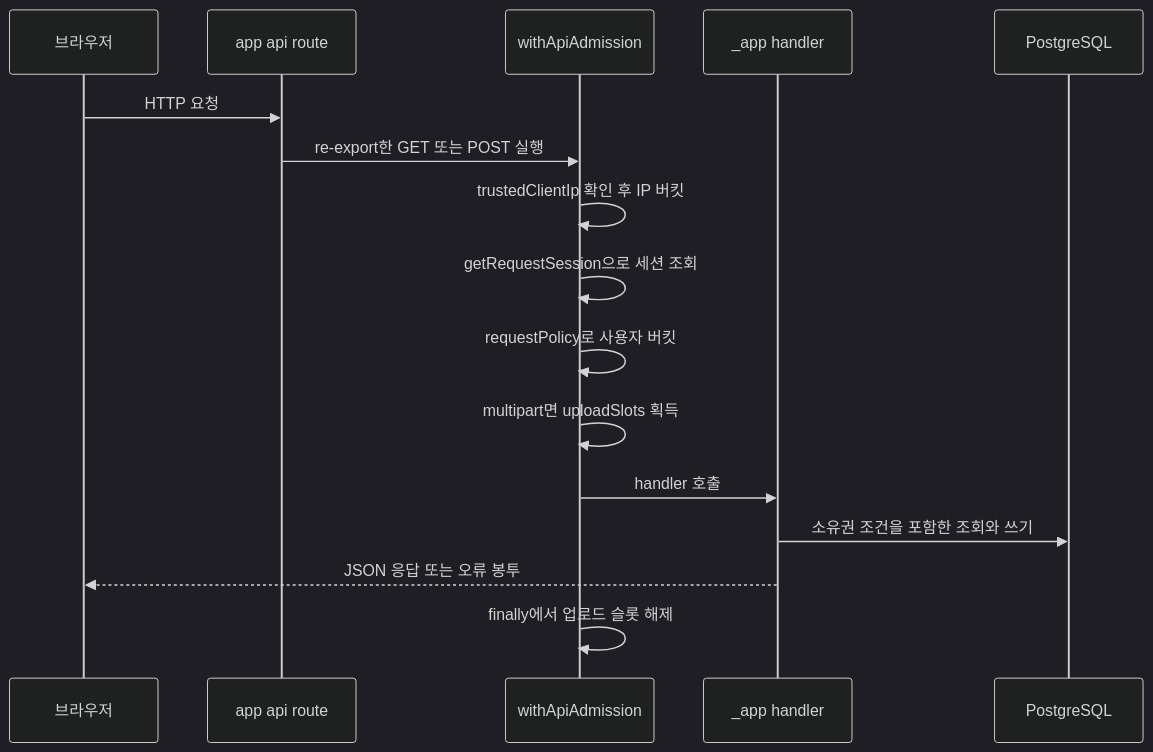
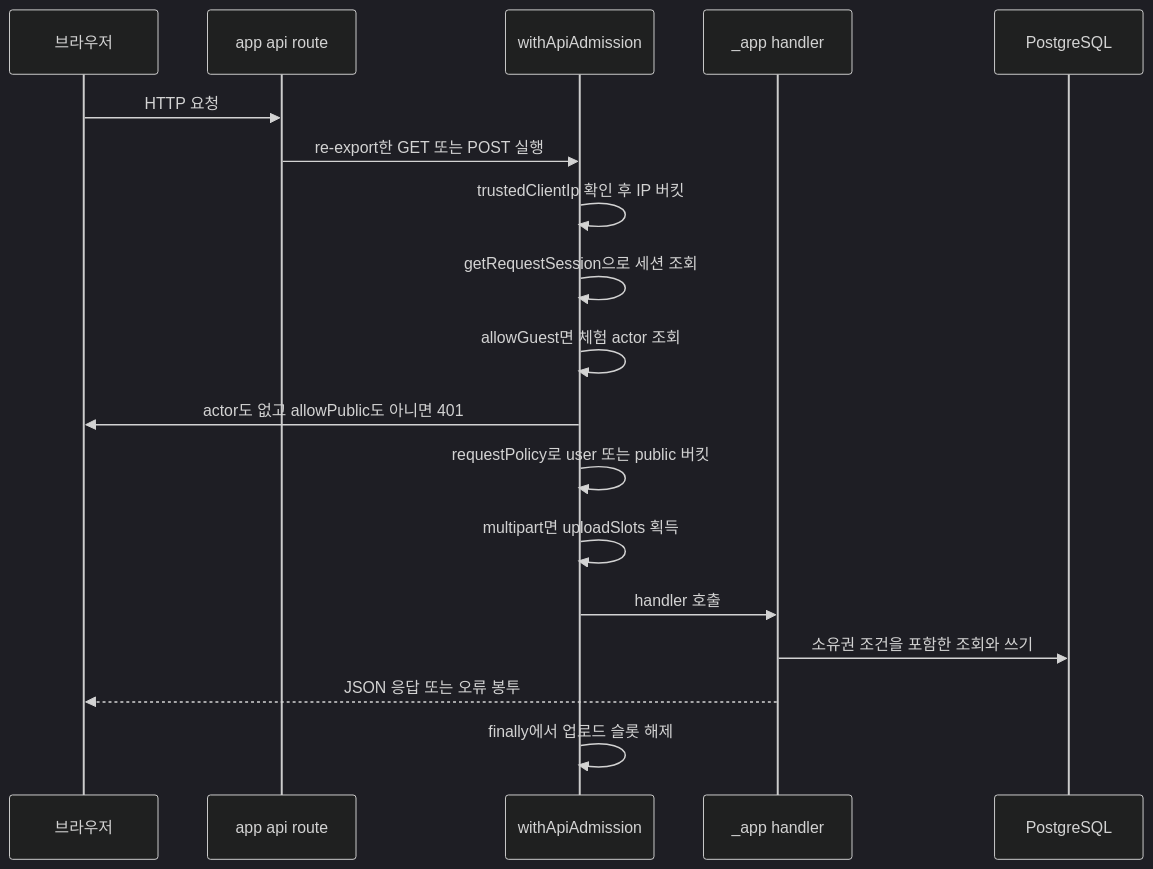
The diagram in openwiki/architecture/http-api-surface.md (leey00nsu/copy-singer), drawn with Mermaid (dark theme) before and after one commit. The commit also changed other lines of this file and 55 other files, not shown here.

````diff
--- a/openwiki/architecture/http-api-surface.md
+++ b/openwiki/architecture/http-api-surface.md
@@ -89,18 +113,20 @@
 ```mermaid
 sequenceDiagram
   participant Browser as 브라우저
   participant Adapter as app api route
   participant Gate as withApiAdmission
   participant Handler as _app handler
   participant DB as PostgreSQL
   Browser->>Adapter: HTTP 요청
   Adapter->>Gate: re-export한 GET 또는 POST 실행
   Gate->>Gate: trustedClientIp 확인 후 IP 버킷
   Gate->>Gate: getRequestSession으로 세션 조회
-  Gate->>Gate: requestPolicy로 사용자 버킷
+  Gate->>Gate: allowGuest면 체험 actor 조회
+  Gate->>Browser: actor도 없고 allowPublic도 아니면 401
+  Gate->>Gate: requestPolicy로 user 또는 public 버킷
   Gate->>Gate: multipart면 uploadSlots 획득
   Gate->>Handler: handler 호출
   Handler->>DB: 소유권 조건을 포함한 조회와 쓰기
   Handler-->>Browser: JSON 응답 또는 오류 봉투
   Gate->>Gate: finally에서 업로드 슬롯 해제
 ```
````
